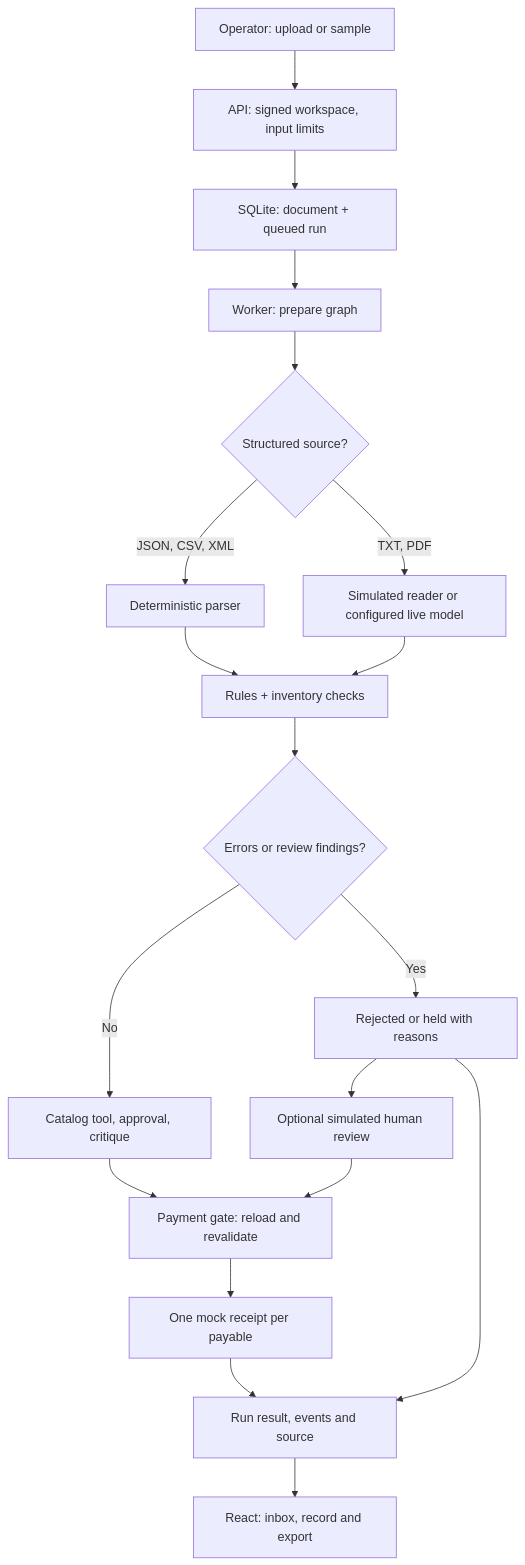
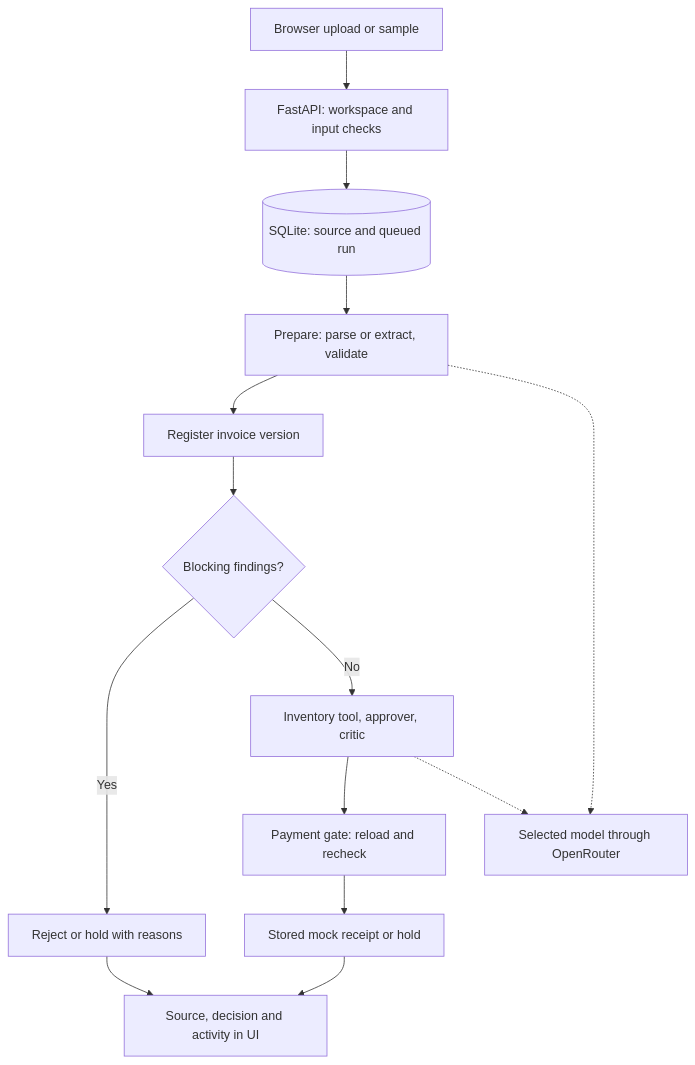
One commit to theomthakur/invoice-desk changed the diagram in docs/architecture.md. Above: the diagram before and after it, drawn with Mermaid. The commit also changed other lines of this file and 7 other files, not shown here.

````diff
--- a/docs/architecture.md
+++ b/docs/architecture.md
@@ -7,21 +7,16 @@
 ```mermaid
 flowchart TD
-    A[Operator: upload or sample] --> B[API: signed workspace, input limits]
-    B --> C[SQLite: document + queued run]
-    C --> D[Worker: prepare graph]
-    D --> E{Structured source?}
-    E -->|JSON, CSV, XML| F[Deterministic parser]
-    E -->|TXT, PDF| G[Simulated reader or configured live model]
-    F --> H[Rules + inventory checks]
-    G --> H
-    H --> I{Errors or review findings?}
-    I -->|Yes| J[Rejected or held with reasons]
-    I -->|No| K[Catalog tool, approval, critique]
-    K --> L[Payment gate: reload and revalidate]
-    L --> M[One mock receipt per payable]
-    J --> N[Optional simulated human review]
-    N --> L
-    M --> O[Run result, events and source]
-    J --> O
-    O --> P[React: inbox, record and export]
+    A[Browser upload or sample] --> B[FastAPI: workspace and input checks]
+    B --> C[(SQLite: source and queued run)]
+    C --> D[Prepare: parse or extract, validate]
+    D --> E[Register invoice version]
+    E --> F{Blocking findings?}
+    F -->|Yes| G[Reject or hold with reasons]
+    F -->|No| H[Inventory tool, approver, critic]
+    H --> I[Payment gate: reload and recheck]
+    I --> J[Stored mock receipt or hold]
+    G --> K[Source, decision and activity in UI]
+    J --> K
+    D -.-> L[Selected model through OpenRouter]
+    H -.-> L
 ```
````
